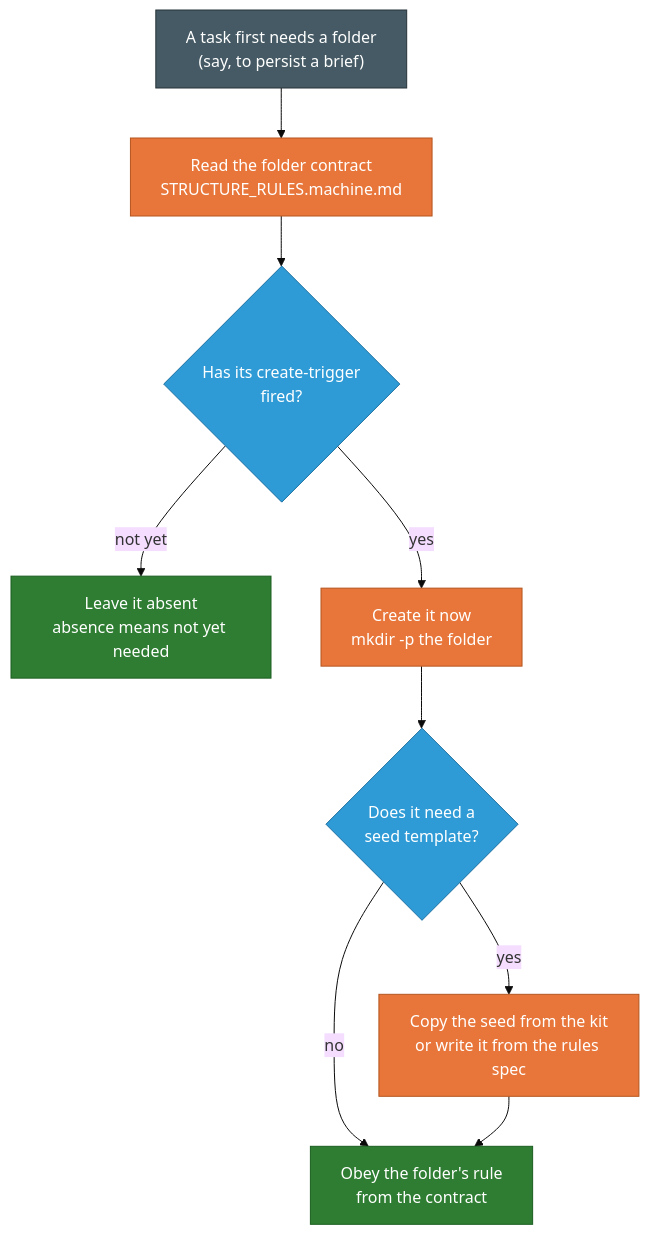
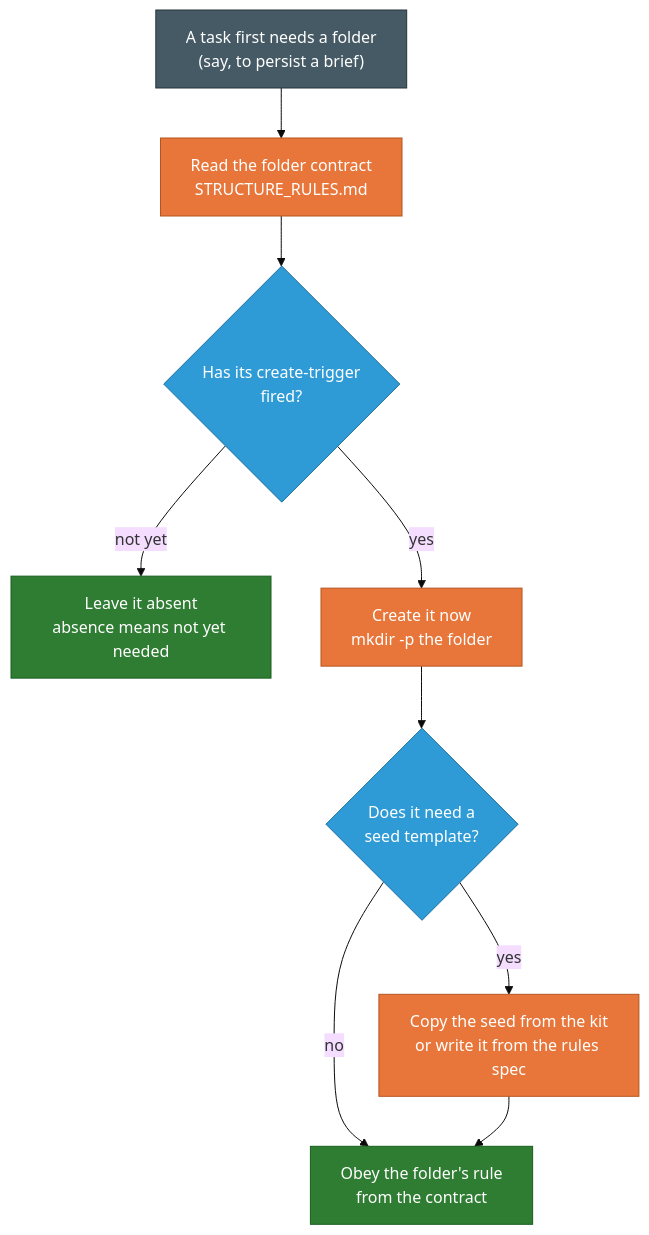
One commit to forest-microclimate/CC-CS-Research-Toolkits changed the diagram in CCRT/planner-kit/docs/human_md/KIT_RATIONALE.md. Above: the diagram before and after it, drawn with Mermaid (base theme). The commit also changed other lines of this file and 8 other files, not shown here.

Commit message:
Public cut 2026-08-05: kit v1.5 (STRUCTURE_RULES.md rename + installer migration) — derived, all gates PASS, 2 field reports excluded by policy

````diff
--- a/CCRT/planner-kit/docs/human_md/KIT_RATIONALE.md
+++ b/CCRT/planner-kit/docs/human_md/KIT_RATIONALE.md
@@ -83,26 +83,26 @@
 ```mermaid
 flowchart TD
     NEED["A task first needs a folder<br/>(say, to persist a brief)"]
-    READ["Read the folder contract<br/>STRUCTURE_RULES.machine.md"]
+    READ["Read the folder contract<br/>STRUCTURE_RULES.md"]
     TRIG{"Has its create-trigger<br/>fired?"}
     WAIT["Leave it absent<br/>absence means not yet needed"]
     MK["Create it now<br/>mkdir -p the folder"]
     SEED{"Does it need a<br/>seed template?"}
     COPY["Copy the seed from the kit<br/>or write it from the rules spec"]
     OBEY["Obey the folder's rule<br/>from the contract"]
     NEED --> READ --> TRIG
     TRIG -->|"not yet"| WAIT
     TRIG -->|"yes"| MK
     MK --> SEED
     SEED -->|"yes"| COPY
     SEED -->|"no"| OBEY
     COPY --> OBEY
     classDef need fill:#455A64,stroke:#263238,color:#ffffff
     classDef act fill:#E8763A,stroke:#B4551F,color:#ffffff
     classDef q fill:#2E9BD6,stroke:#1C6FA0,color:#ffffff
     classDef done fill:#2E7D32,stroke:#1B5E20,color:#ffffff
     class NEED need
     class READ,MK,COPY act
     class TRIG,SEED q
     class WAIT,OBEY done
 ```
````
